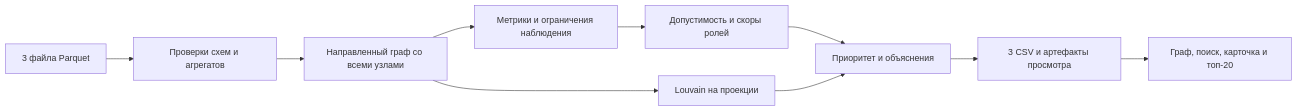
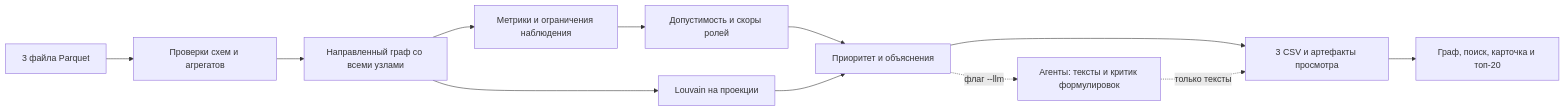
One commit to BAITC-Hacks/hack-3c305a41-z changed the diagram in README.md. Above: the diagram before and after it, drawn with Mermaid. The commit also changed other lines of this file and 13 other files, not shown here.

````diff
--- a/README.md
+++ b/README.md
@@ -188,12 +285,14 @@
 ```mermaid
 flowchart LR
   A[3 файла Parquet] --> B[Проверки схем и агрегатов]
   B --> C[Направленный граф со всеми узлами]
   C --> D[Метрики и ограничения наблюдения]
   D --> E[Допустимость и скоры ролей]
   C --> F[Louvain на проекции]
   E --> G[Приоритет и объяснения]
   F --> G
   G --> H[3 CSV и артефакты просмотра]
   H --> I[Граф, поиск, карточка и топ-20]
+  G -. флаг --llm .-> J[Агенты: тексты и критик формулировок]
+  J -. только тексты .-> H
 ```
````
